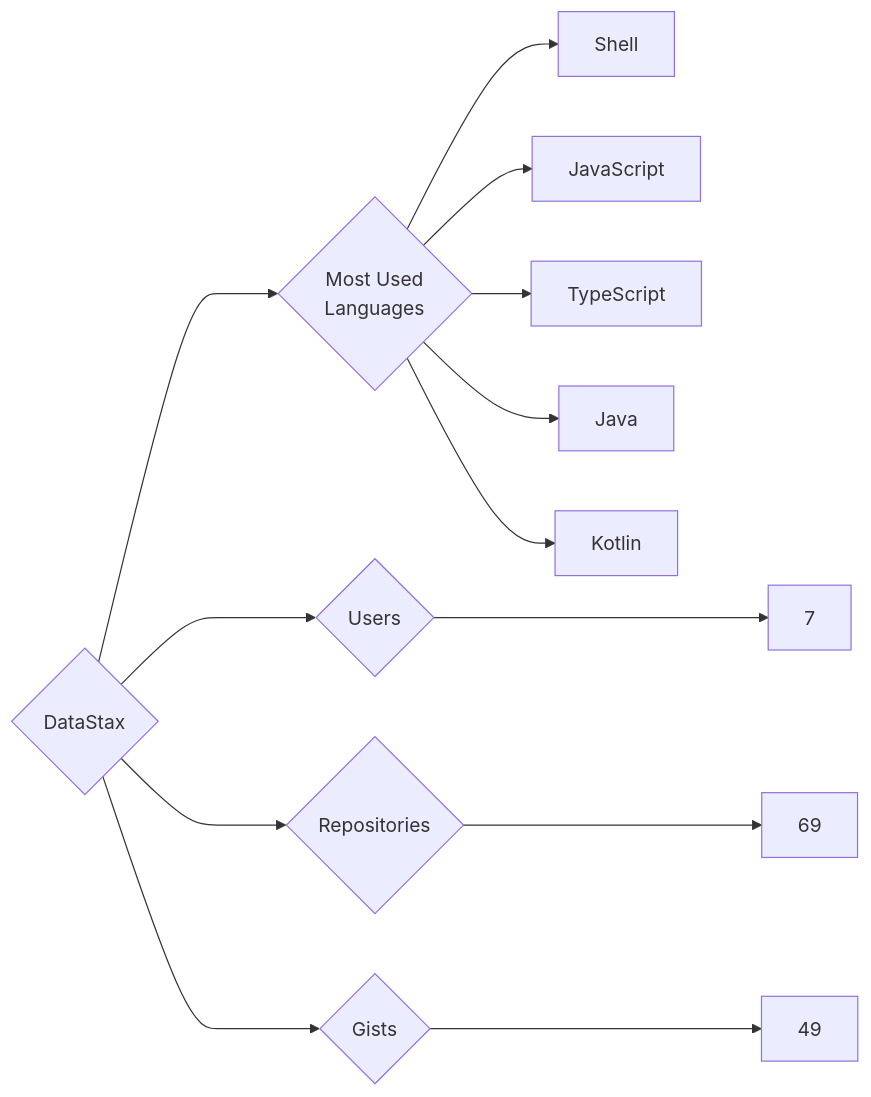
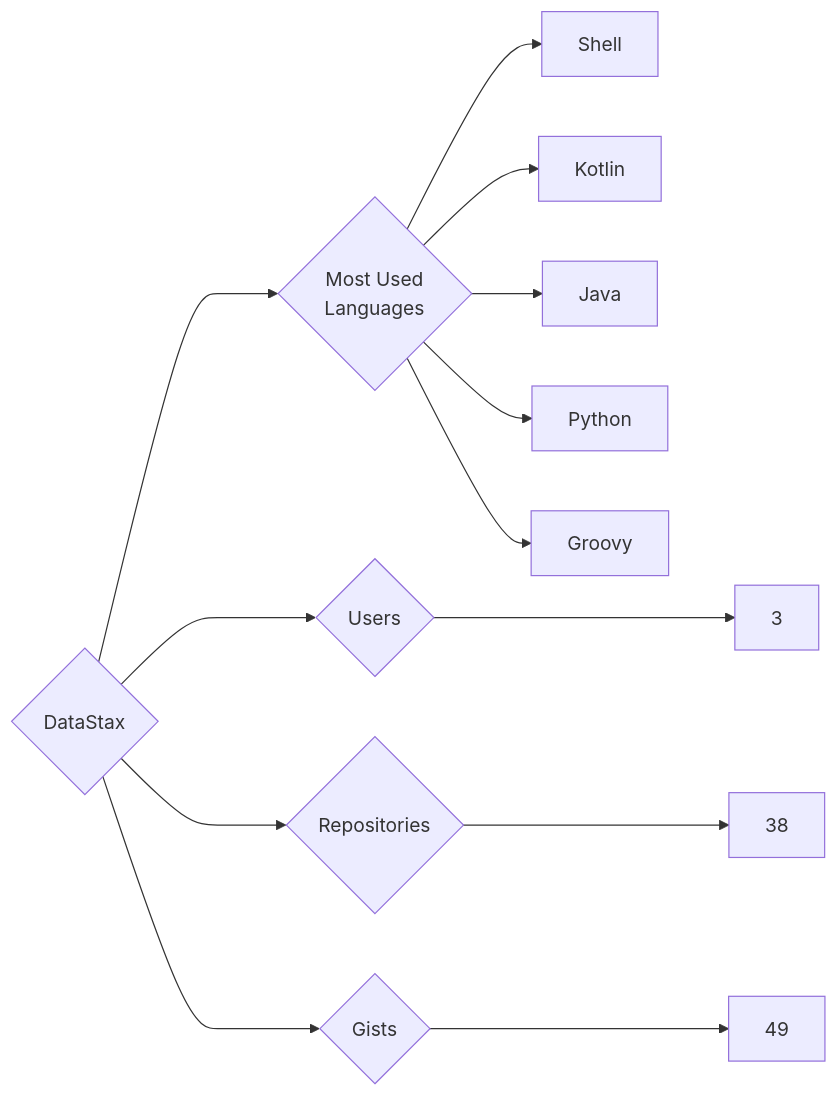
The diagram in targets/DataStax/README.md (trickest/insiders), drawn with Mermaid before and after one commit. The commit also changed 1092 other files, not shown here.

````diff
--- a/targets/DataStax/README.md
+++ b/targets/DataStax/README.md
@@ -3,13 +3,13 @@
 ```mermaid
 graph LR
 COMPANY_NAME{DataStax}
-COMPANY_NAME ---> U{Users} ---> UN[7]
-COMPANY_NAME ---> R{Repositories} ---> RN[69]
+COMPANY_NAME ---> U{Users} ---> UN[3]
+COMPANY_NAME ---> R{Repositories} ---> RN[38]
 COMPANY_NAME ---> G{Gists} ---> GN[49]
 COMPANY_NAME ---> ML{Most Used<br>Languages}
 ML --> Shell[Shell]
-ML --> JavaScript[JavaScript]
-ML --> TypeScript[TypeScript]
+ML --> Kotlin[Kotlin]
 ML --> Java[Java]
-ML --> Kotlin[Kotlin]
+ML --> Python[Python]
+ML --> Groovy[Groovy]
 ```
````
